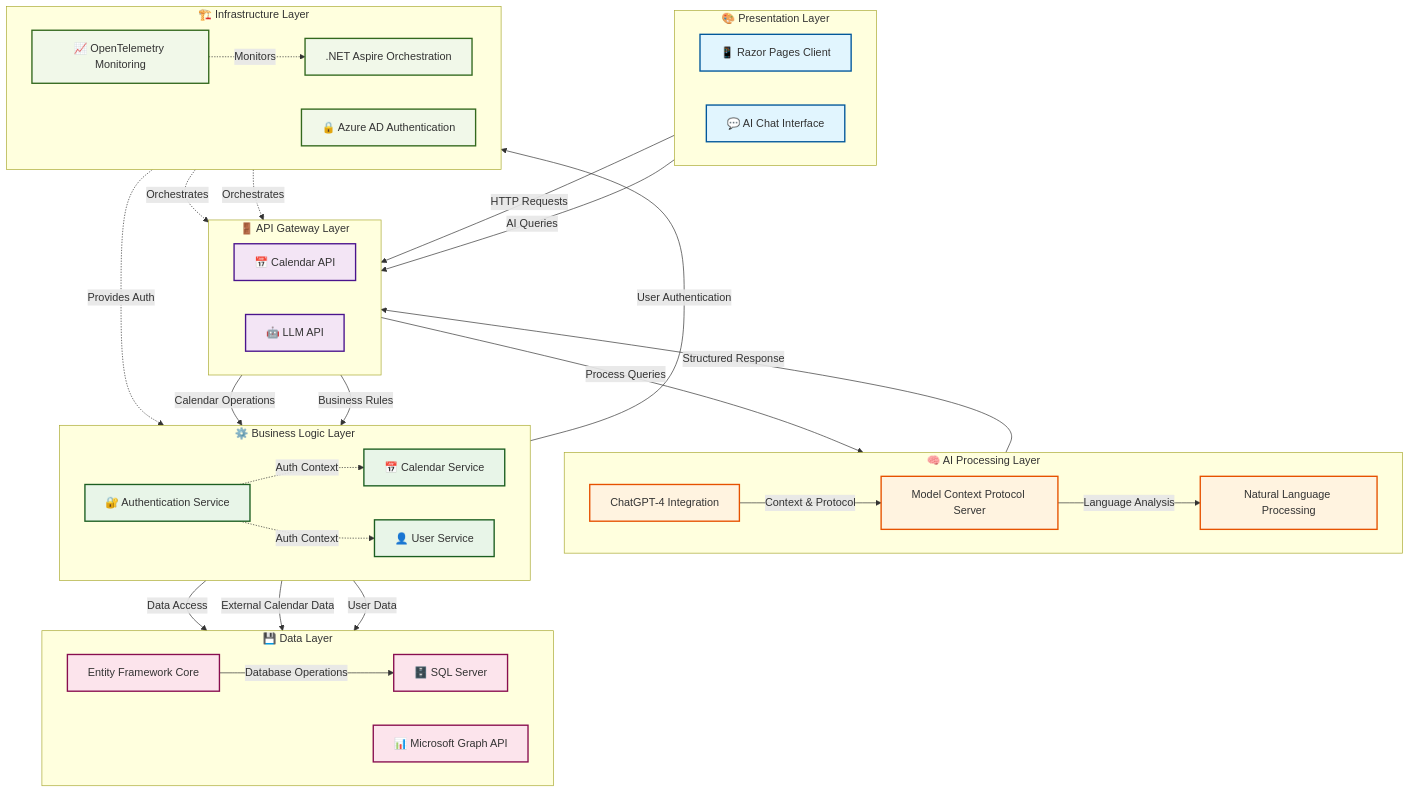
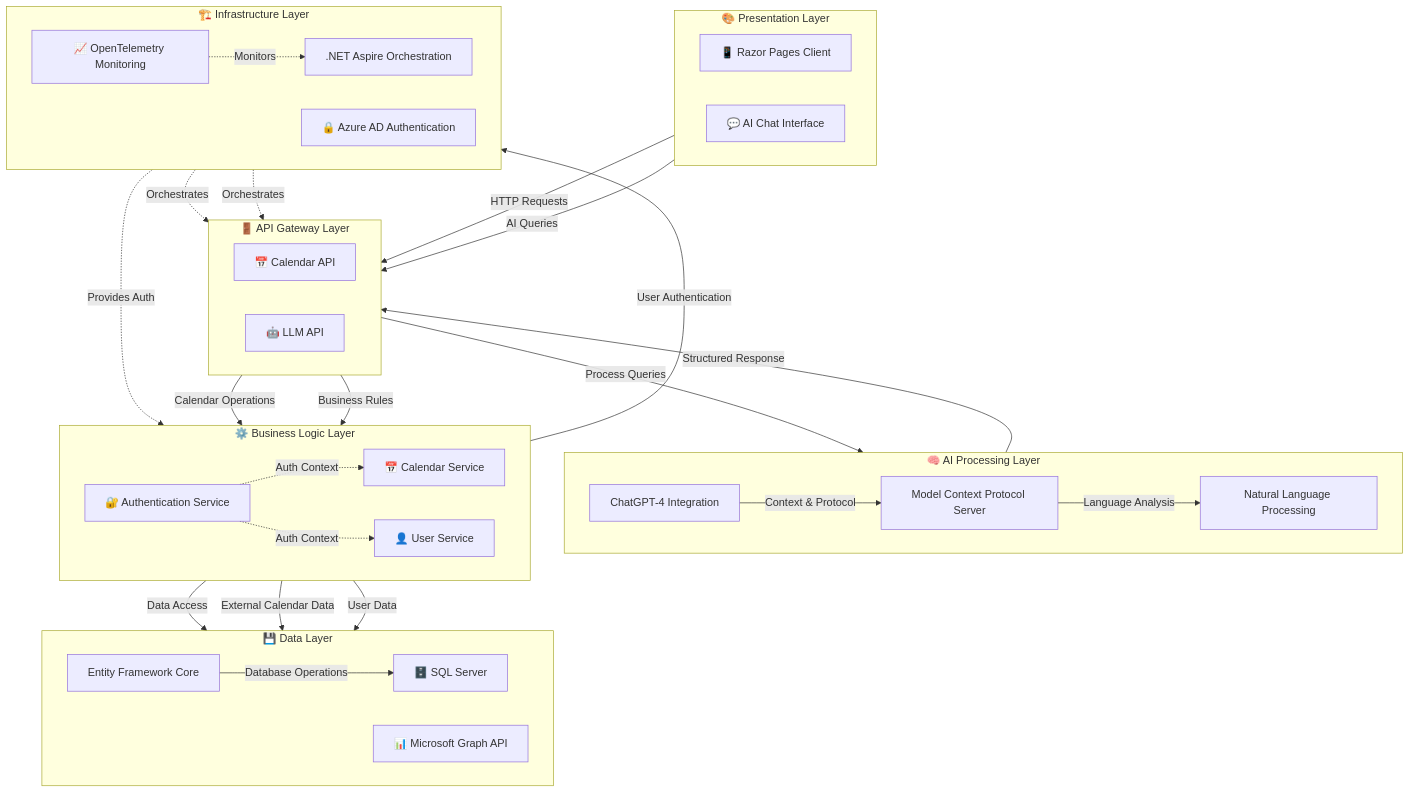
One commit to siddhraj-sinh/AICalendar changed the first of 2 diagrams in README.md. Above: the diagram before and after it, drawn with Mermaid.

````diff
--- a/README.md
+++ b/README.md
@@ -104,19 +104,4 @@
     %% Cross-cutting concerns
     I -.->|Auth Context| H
     I -.->|Auth Context| J
-    
-    %% Styling for better visual hierarchy
-    classDef presentationLayer fill:#e1f5fe,stroke:#01579b,stroke-width:2px
-    classDef apiLayer fill:#f3e5f5,stroke:#4a148c,stroke-width:2px
-    classDef aiLayer fill:#fff3e0,stroke:#e65100,stroke-width:2px
-    classDef businessLayer fill:#e8f5e8,stroke:#1b5e20,stroke-width:2px
-    classDef dataLayer fill:#fce4ec,stroke:#880e4f,stroke-width:2px
-    classDef infraLayer fill:#f1f8e9,stroke:#33691e,stroke-width:2px
-    
-    class A,B presentationLayer
-    class C,D apiLayer
-    class E,F,G aiLayer
-    class H,I,J businessLayer
-    class K,L,M dataLayer
-    class N,O,P infraLayer
 ```
````
